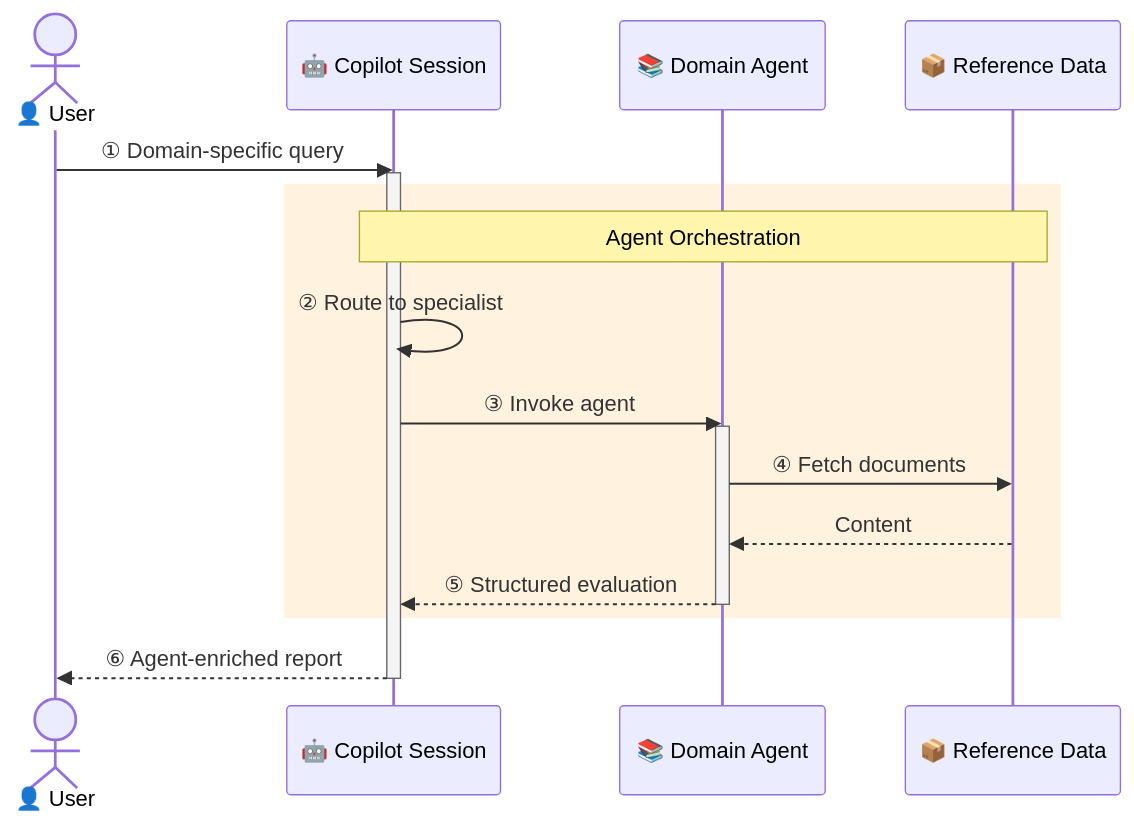
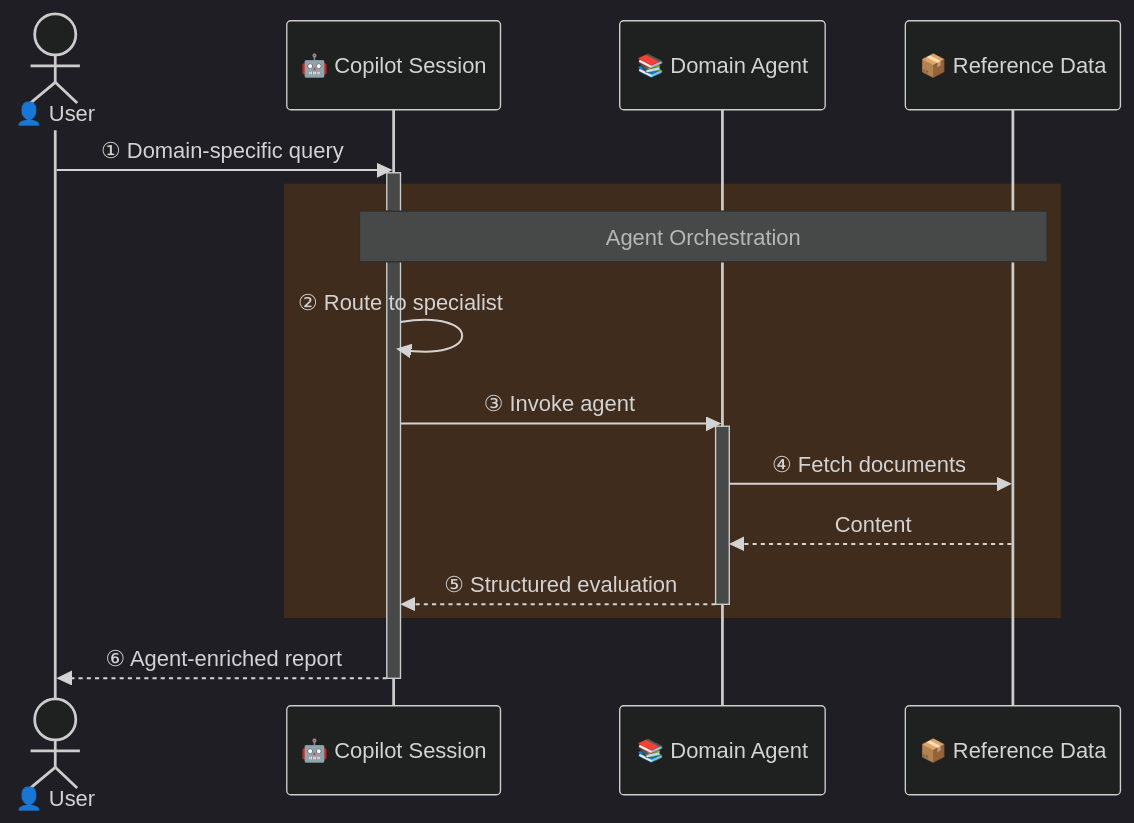
The third of 5 diagrams in docs/copilot_report_forge/architecture.md (ks6088ts/template-github-copilot), drawn with Mermaid before and after one commit. The commit also changed other lines of this file and 13 other files, not shown here.

````diff
--- a/docs/copilot_report_forge/architecture.md
+++ b/docs/copilot_report_forge/architecture.md
@@ -136,24 +138,25 @@
 ```mermaid
+%%{init: {'theme': 'dark'}}%%
 sequenceDiagram
     actor User as 👤 User
     participant SDK as 🤖 Copilot Session
     participant Agent as 📚 Domain Agent
     participant Data as 📦 Reference Data
 
     User->>SDK: ① Domain-specific query
     activate SDK
 
-    rect rgb(255, 243, 224)
+    rect rgba(116, 66, 16, 0.4)
         note over SDK,Data: Agent Orchestration
         SDK->>SDK: ② Route to specialist
         SDK->>Agent: ③ Invoke agent
         activate Agent
         Agent->>Data: ④ Fetch documents
         Data-->>Agent: Content
         Agent-->>SDK: ⑤ Structured evaluation
         deactivate Agent
     end
 
     SDK-->>User: ⑥ Agent-enriched report
     deactivate SDK
 ```
````
